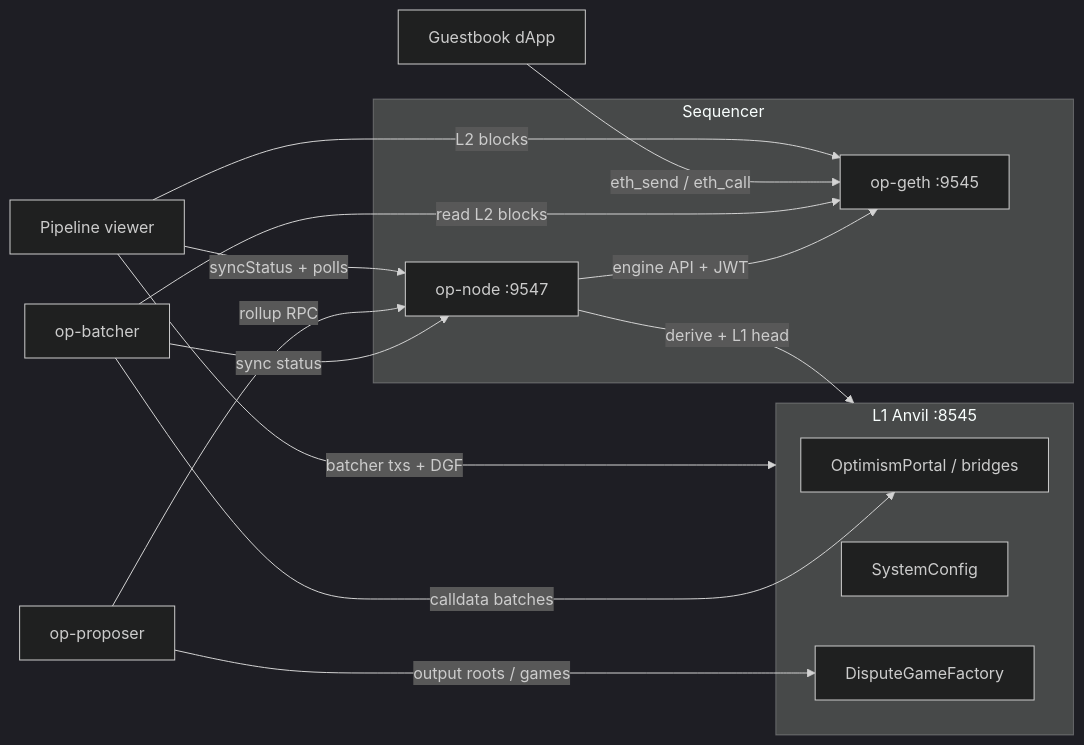
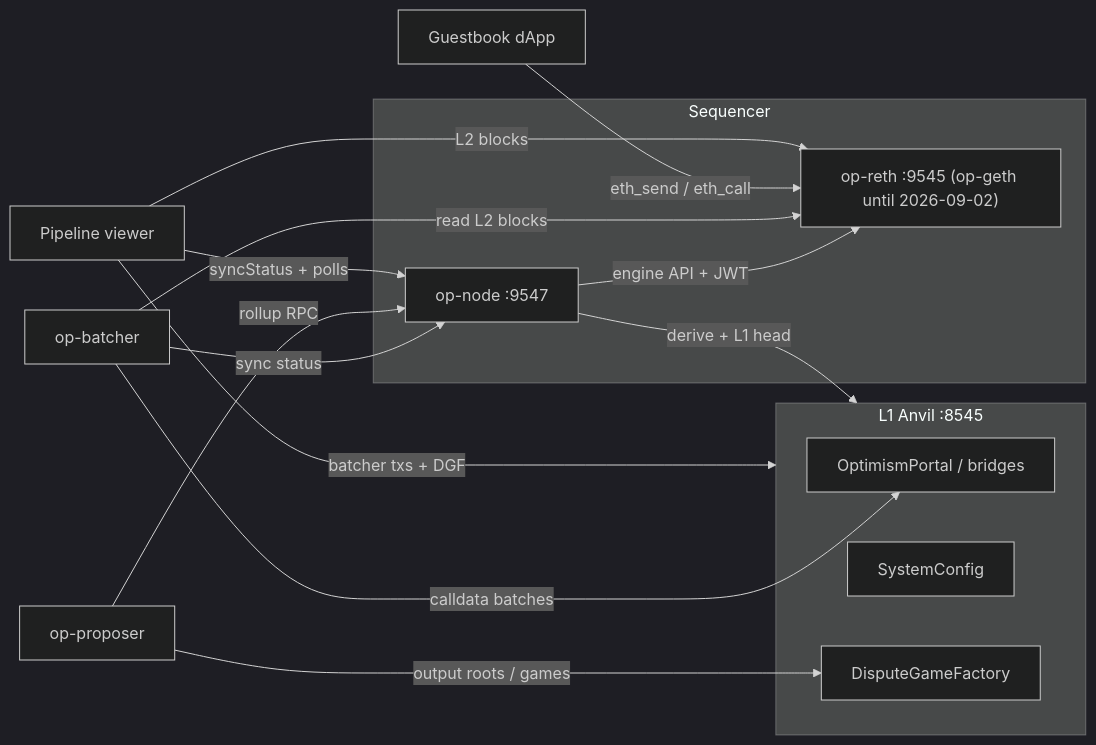
One commit to StephenForte/ForteL2 changed the diagram in README.md. Above: the diagram before and after it, drawn with Mermaid (dark theme). The commit also changed other lines of this file, not shown here.

Commit message:
docs: live-EL truth-up for the op-reth cutover — README.md (Codex P1/P2 on #202)

````diff
--- a/README.md
+++ b/README.md
@@ -129,23 +129,23 @@
 ```mermaid
 flowchart LR
   subgraph L1["L1 Anvil :8545"]
     Portal[OptimismPortal / bridges]
     SysCfg[SystemConfig]
     DGF[DisputeGameFactory]
   end
   subgraph Seq["Sequencer"]
-    Geth["op-geth :9545"]
+    Geth["op-reth :9545 (op-geth until 2026-09-02)"]
     Node["op-node :9547"]
     Node -->|engine API + JWT| Geth
   end
   Batcher[op-batcher] -->|calldata batches| Portal
   Proposer[op-proposer] -->|output roots / games| DGF
   Node -->|derive + L1 head| L1
   Batcher -->|read L2 blocks| Geth
   Batcher -->|sync status| Node
   Proposer -->|rollup RPC| Node
   Dapp[Guestbook dApp] -->|eth_send / eth_call| Geth
   Viewer[Pipeline viewer] -->|syncStatus + polls| Node
   Viewer -->|batcher txs + DGF| L1
   Viewer -->|L2 blocks| Geth
 ```
````
